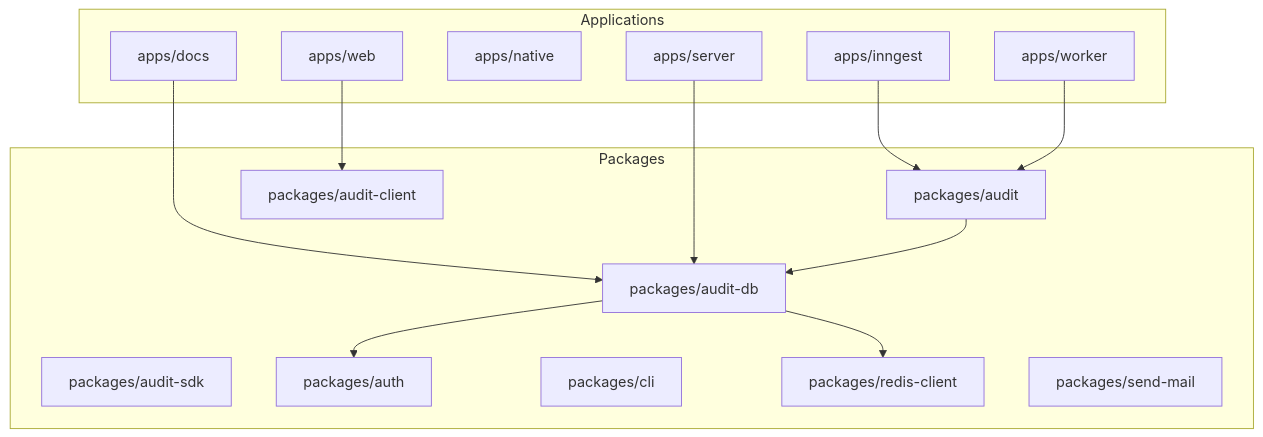
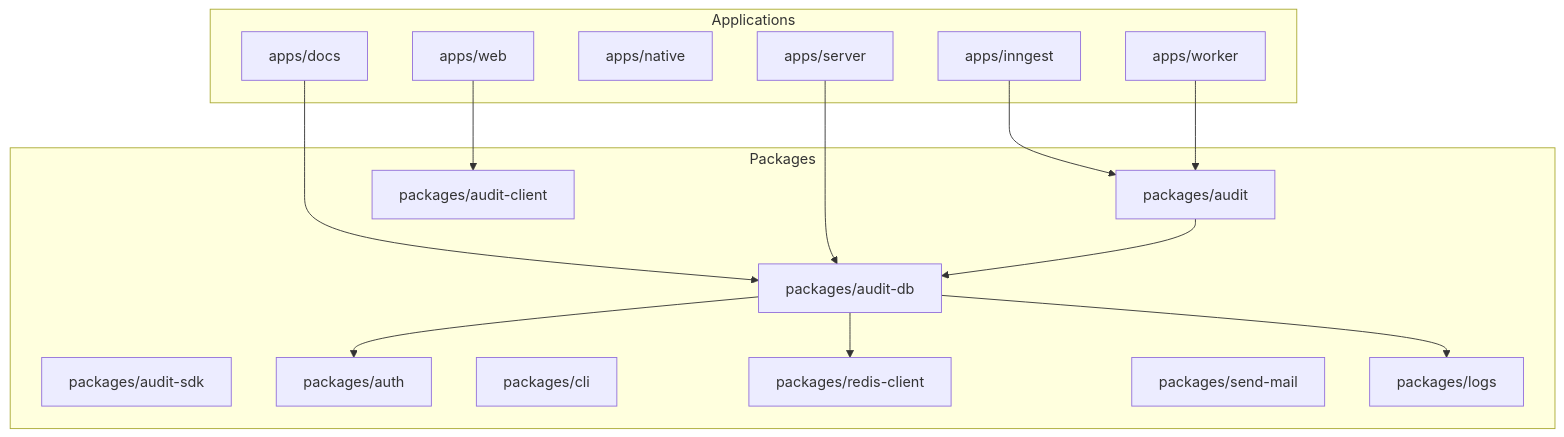
The first of 11 diagrams in .qoder/repowiki/en/content/Audit Database/Security and Access Control.md (smedrec/smart-logs), drawn with Mermaid before and after one commit. The commit also changed other lines of this file and 17 other files, not shown here.

````diff
--- a/.qoder/repowiki/en/content/Audit Database/Security and Access Control.md
+++ b/.qoder/repowiki/en/content/Audit Database/Security and Access Control.md
@@ -42,29 +45,31 @@
 ```mermaid
 graph TB
 subgraph "Applications"
 docs["apps/docs"]
 inngest["apps/inngest"]
 native["apps/native"]
 server["apps/server"]
 web["apps/web"]
 worker["apps/worker"]
 end
 subgraph "Packages"
 audit["packages/audit"]
 auditDb["packages/audit-db"]
 auditClient["packages/audit-client"]
 auditSdk["packages/audit-sdk"]
 auth["packages/auth"]
 cli["packages/cli"]
 redisClient["packages/redis-client"]
 sendMail["packages/send-mail"]
+logs["packages/logs"]
 end
 docs --> auditDb
 inngest --> audit
 server --> auditDb
 web --> auditClient
 worker --> audit
 audit --> auditDb
 auditDb --> auth
 auditDb --> redisClient
+auditDb --> logs
 ```
````
